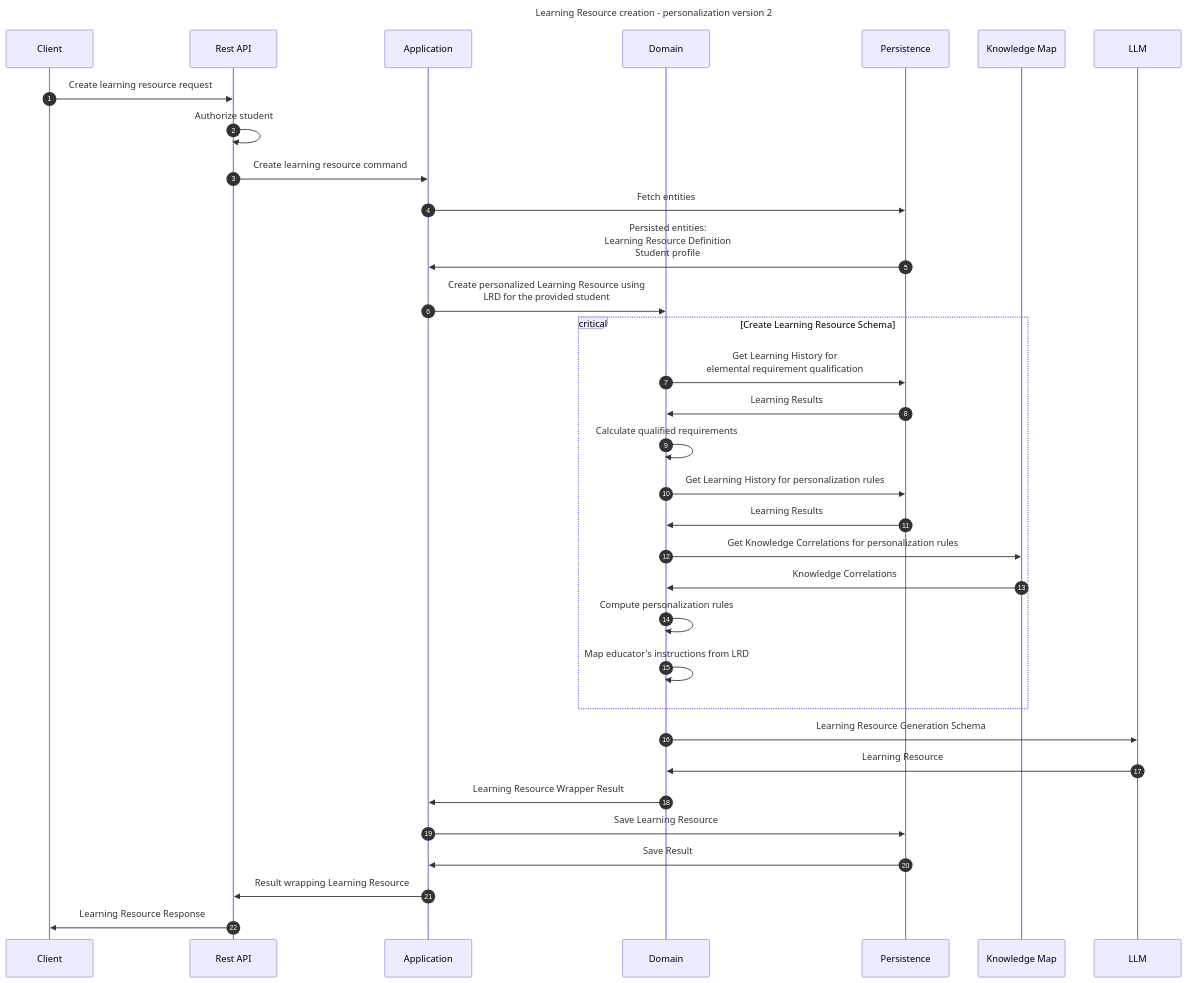
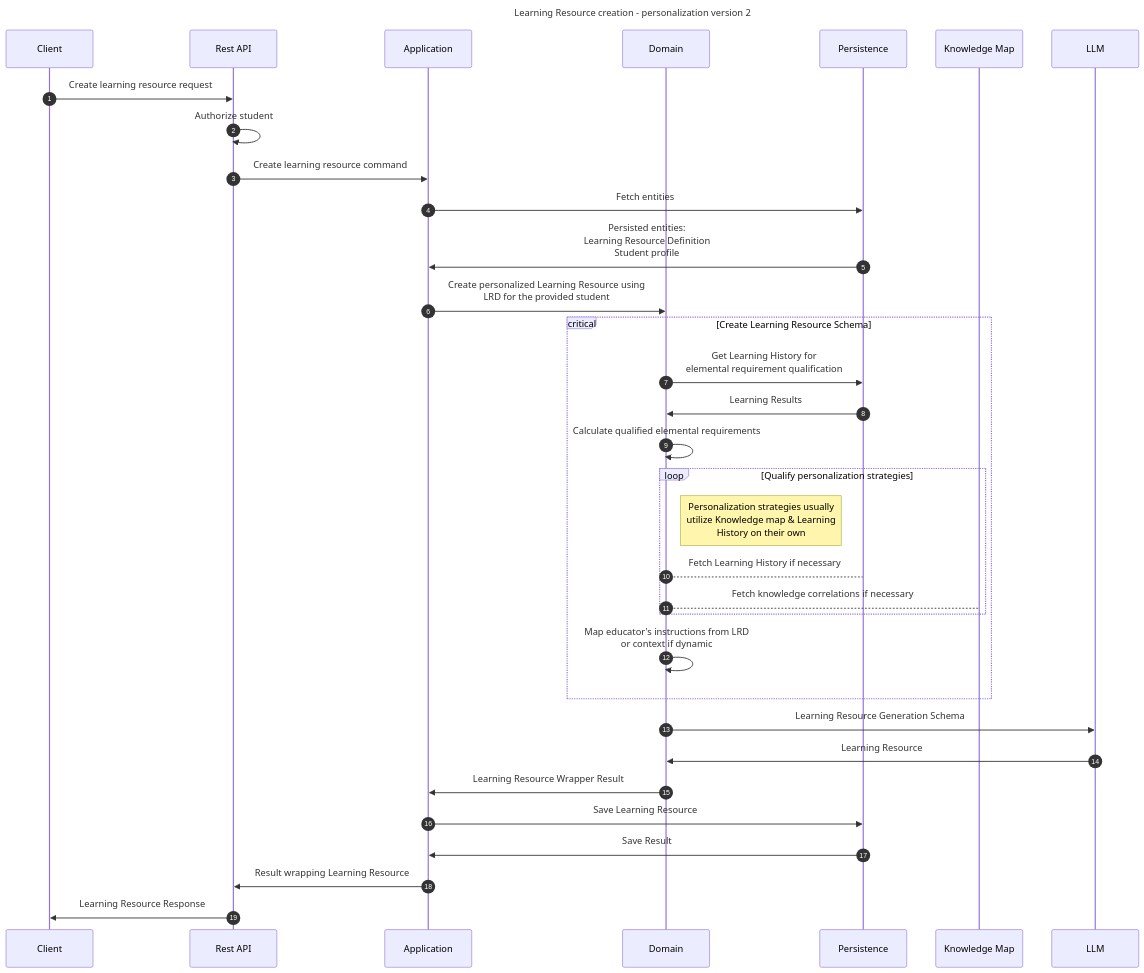
The diagram in docs/edutie/flows/learning/learningresource/CreateLearningResource.md (EdutieProject/edutie-backend), drawn with Mermaid before and after one commit. The commit also changed other lines of this file, not shown here.

Commit message:
Alter doc for CreateLearningResource.md

````diff
--- a/docs/edutie/flows/learning/learningresource/CreateLearningResource.md
+++ b/docs/edutie/flows/learning/learningresource/CreateLearningResource.md
@@ -7,39 +8,39 @@
 ```mermaid
 ---
 title: Learning Resource creation - personalization version 2
 ---
 sequenceDiagram
     participant Client
     participant Rest API
     participant Application
     participant Domain
     participant Persistence
     participant Knowledge Map
     participant LLM
     autonumber
     Client ->> Rest API: Create learning resource request
     Rest API ->> Rest API: Authorize student
     Rest API ->> Application: Create learning resource command
     Application ->> Persistence: Fetch entities
     Persistence ->> Application: Persisted entities:<br/>Learning Resource Definition<br/>Student profile
     Application ->> Domain: Create personalized Learning Resource using<br/>LRD for the provided student
     critical Create Learning Resource Schema
         Domain ->> Persistence: Get Learning History for<br/>elemental requirement qualification
         Persistence ->> Domain: Learning Results
-        Domain ->> Domain: Calculate qualified requirements
-        Domain ->> Persistence: Get Learning History for personalization rules
-        Persistence ->> Domain: Learning Results
-        Domain ->> Knowledge Map: Get Knowledge Correlations for personalization rules
-        Knowledge Map ->> Domain: Knowledge Correlations
-        Domain ->> Domain: Compute personalization rules
-        Domain ->> Domain: Map educator's instructions from LRD
+        Domain ->> Domain: Calculate qualified elemental requirements
+        loop Qualify personalization strategies
+            note right of Domain: Personalization strategies usually<br/>utilize Knowledge map & Learning<br/> History on their own
+            Domain --> Persistence: Fetch Learning History if necessary
+            Domain --> Knowledge Map: Fetch knowledge correlations if necessary
+        end
+        Domain ->> Domain: Map educator's instructions from LRD <br/>or context if dynamic
     end
     Domain ->> LLM: Learning Resource Generation Schema
     LLM ->> Domain: Learning Resource
     Domain ->> Application: Learning Resource Wrapper Result
     Application ->> Persistence: Save Learning Resource
     Persistence ->> Application: Save Result
     Application ->> Rest API: Result wrapping Learning Resource
     Rest API ->> Client: Learning Resource Response
 
 ```
````
